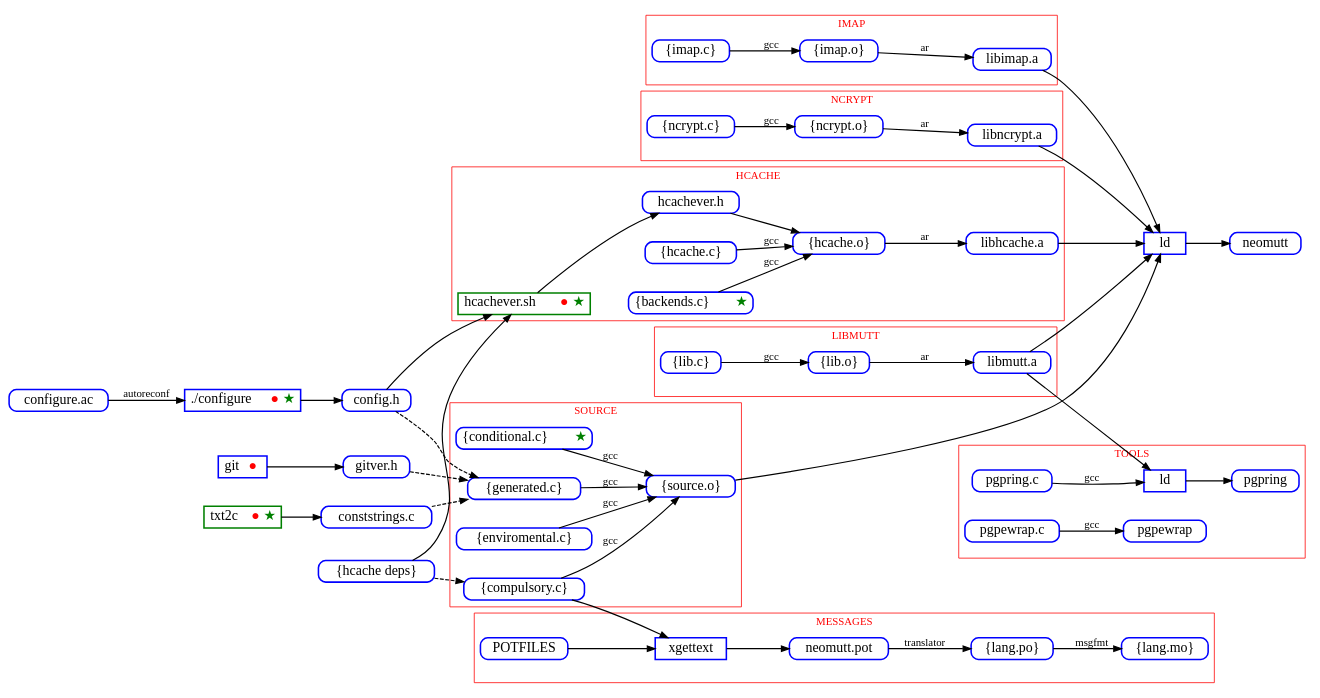
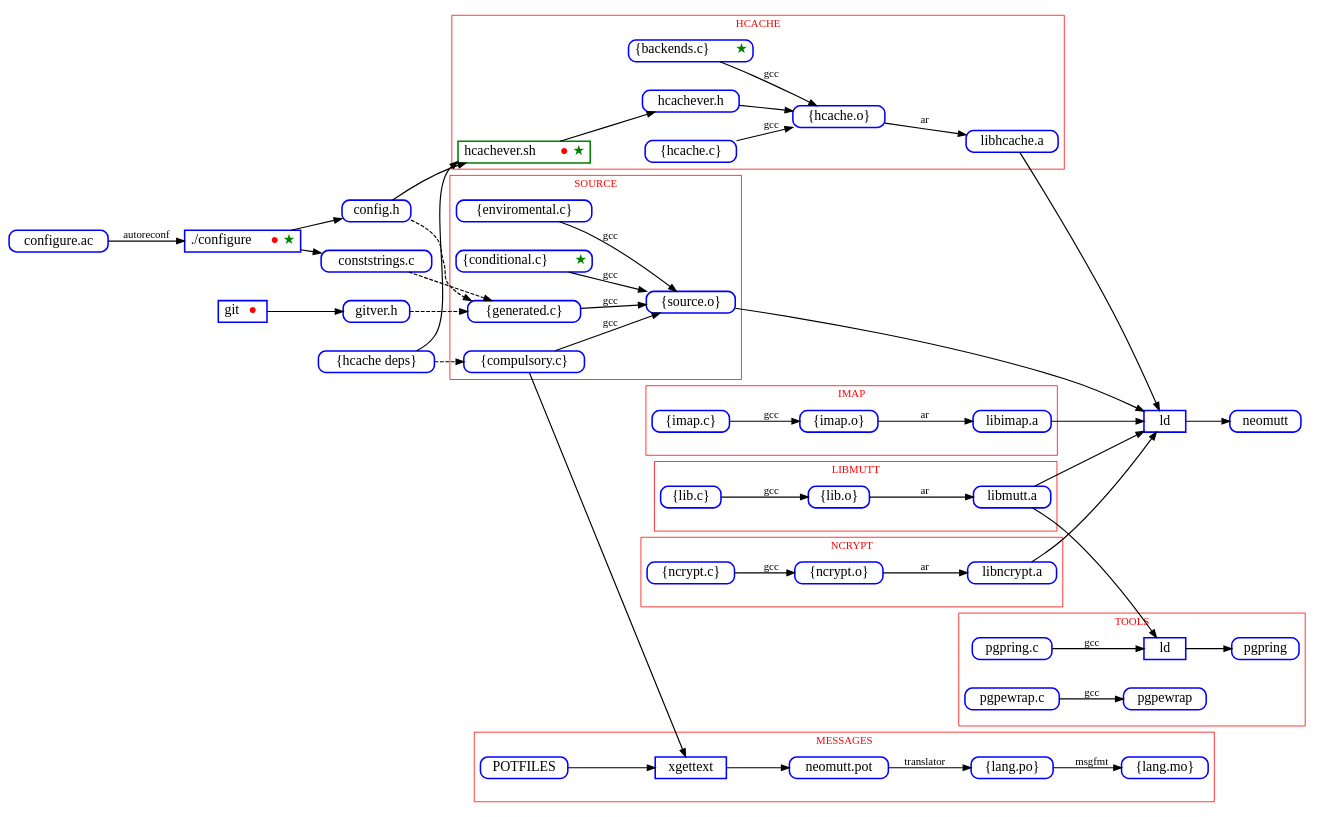
The diagram in _dev/make-code.gv (neomutt/neomutt.github.io), drawn with Graphviz before and after one commit.

Commit message:
Remove txt2c reminiscent in making NeoMutt diagram
txt2c is replaced by a routine in our autosetup script (called by
./configure). Update the diagram to reflect this.

```diff
--- a/_dev/make-code.gv
+++ b/_dev/make-code.gv
@@ -1,165 +1,164 @@
 digraph build {
 	graph [
 		rankdir="LR"
 		nodesep="0.5"
 		ranksep="0.3"
 	];
 
 	node [
 		shape="Mrecord"
 		style="solid"
 		height="0.2"
 		penwidth="2.0"
 		color="blue"
 		fontcolor="black"
 		fontsize="18"
 	];
 
 	edge [
 		penwidth="1.5"
 		color="#000000"
 		arrowsize="1.0"
 	];
 
 
 	configure_ac     [ label="configure.ac"        ]
 	config_h         [ label="config.h"            ]
 	conststrings_c   [ label="conststrings.c"      ]
 	gitver_h         [ label="gitver.h"            ]
 	mutt_h           [ label="\{hcache deps\}"     ]
 
 	dot_configure [ label=<./configure <font color="red">●</font><font color="green">★</font>> shape="box" ]
 	ld_tool       [ label="ld" shape="box" ]
 	git           [ label=<git <font color="red">●</font>> shape="box" ]
 	ld_mutt       [ label="ld" shape="box" ]
-	txt2c         [ label=<txt2c <font color="red">●</font><font color="green">★</font>> color="green" shape="box" ]
 
 	lots_obj -> ld_mutt
 	ld_mutt -> neomutt
 
 	dot_configure -> config_h
 	config_h -> generated [ style="dashed" ]
 
 	git -> gitver_h
 	gitver_h -> generated [ style="dashed" ]
 
-	txt2c -> conststrings_c
+	dot_configure -> conststrings_c
 	conststrings_c -> generated [ style="dashed" ]
 
 	config_h -> hcachever_sh
 	mutt_h -> hcachever_sh
 	mutt_h -> compulsory [ style="dashed" ]
 
 	subgraph cluster_imap {
 		fontcolor="red"
 		label="IMAP"
 		color="#ff0000"
 
 		lots_imap_c [ label="\{imap.c\}" ]
 		lots_imap_o [ label="\{imap.o\}" ]
 		imap_a      [ label="libimap.a"  ]
 
 		lots_imap_c -> lots_imap_o [ label="gcc" ]
 		lots_imap_o -> imap_a [ label="ar" ]
 	}
 
 	subgraph cluster_ncrypt {
 		fontcolor="red"
 		label="NCRYPT"
 		color="#ff0000"
 
 		lots_ncrypt_c [ label="\{ncrypt.c\}" ]
 		lots_ncrypt_o [ label="\{ncrypt.o\}" ]
 		ncrypt_a      [ label="libncrypt.a"  ]
 
 		lots_ncrypt_c -> lots_ncrypt_o [ label="gcc" ]
 		lots_ncrypt_o -> ncrypt_a [ label="ar" ]
 	}
 
 	subgraph cluster_hcache {
 		fontcolor="red"
 		label="HCACHE"
 		color="#ff0000"
 
 		lots_hcache_c [ label="\{hcache.c\}"                                                                                  ]
 		lots_hcache_o [ label="\{hcache.o\}"                                                                                  ]
 		backends_c    [ label=<\{backends.c\} <font color="green">★</font>>                                                   ]
 		hcachever_h   [ label="hcachever.h"                                                                                   ]
 		hcachever_sh  [ label=<hcachever.sh <font color="red">●</font><font color="green">★</font>> color="green" shape="box" ]
 		hcache_a      [ label="libhcache.a"                                                                                   ]
 
 		hcachever_sh  -> hcachever_h
 		hcachever_h   -> lots_hcache_o
 		backends_c    -> lots_hcache_o [ label="gcc" ]
 		lots_hcache_c -> lots_hcache_o [ label="gcc" ]
 		lots_hcache_o -> hcache_a      [ label="ar"  ]
 	}
 
 	subgraph cluster_source {
 		fontcolor="red"
 		label="SOURCE"
 		color="#ff0000"
 
 		compulsory   [ label="\{compulsory.c\}"                               ]
 		conditional  [ label=<\{conditional.c\} <font color="green">★</font>> ]
 		enviromental [ label="\{enviromental.c\}"                             ]
 		generated    [ label="\{generated.c\}"                                ]
 		lots_obj     [ label="\{source.o\}"                                   ]
 
 		compulsory   -> lots_obj [ label="gcc" ]
 		conditional  -> lots_obj [ label="gcc" ]
 		enviromental -> lots_obj [ label="gcc" ]
 		generated    -> lots_obj [ label="gcc" ]
 	}
 
 	subgraph cluster_messages {
 		fontcolor="red"
 		label="MESSAGES"
 		color="#ff0000"
 
 		lots_mo          [ label="\{lang.mo\}"          ]
 		lots_po          [ label="\{lang.po\}"          ]
 		neomutt_pot      [ label="neomutt.pot"             ]
 		xgettext         [ label="xgettext" shape="box" ]
 
 		POTFILES         -> xgettext
 		compulsory       -> xgettext
 		xgettext         -> neomutt_pot
 		neomutt_pot      -> lots_po [ label="translator" ]
 		lots_po          -> lots_mo [ label="msgfmt" ]
 	}
 
 	subgraph cluster_libmutt {
 		fontcolor="red"
 		label="LIBMUTT"
 		color="#ff0000"
 
 		lots_lib_c [ label="\{lib.c\}" ]
 		lots_lib_o [ label="\{lib.o\}" ]
 		mutt_a     [ label="libmutt.a" ]
 
 		lots_lib_c -> lots_lib_o [ label="gcc" ]
 		lots_lib_o -> mutt_a [ label="ar" ]
 	}
 
 	subgraph cluster_tools {
 		fontcolor="red"
 		label="TOOLS"
 		color="#ff0000"
 
 		pgpewrap_src [ label="pgpewrap.c" ]
 		pgpring_src  [ label="pgpring.c"  ]
 
 		pgpewrap_src -> pgpewrap [ label="gcc" ]
 		mutt_a       -> ld_tool
 		pgpring_src  -> ld_tool [ label="gcc" ]
 		ld_tool      -> pgpring
 	}
 
 	hcache_a -> ld_mutt
 	imap_a -> ld_mutt
 	mutt_a -> ld_mutt
 	ncrypt_a -> ld_mutt
 
 	configure_ac -> dot_configure [ label="autoreconf" ]
 }
```
